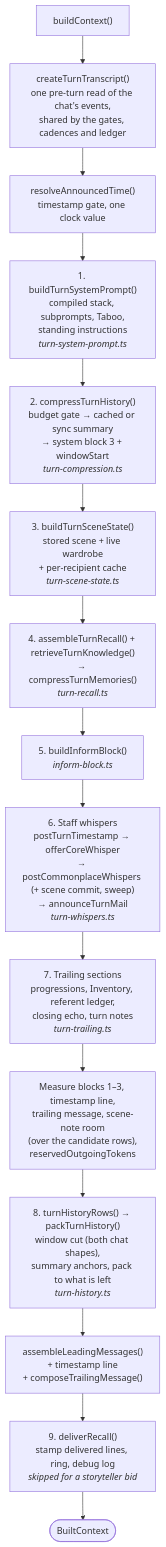
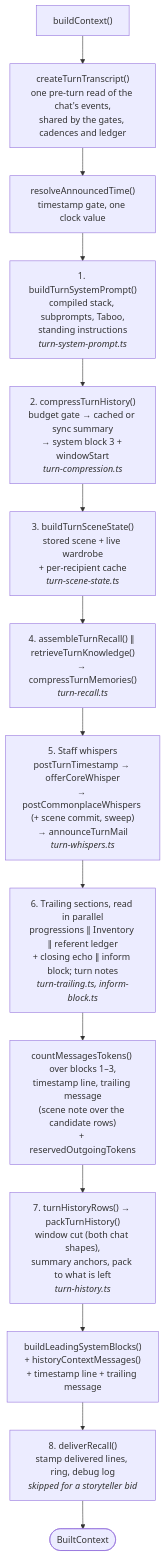
Before and after one commit to foundry-9/quilltap-server: the tenth of 10 diagrams in docs/developer/SYSTEM_FLOWCHARTS.md, drawn with Mermaid. The commit also changed other lines of this file and 7 other files, not shown here.

````diff
--- a/docs/developer/SYSTEM_FLOWCHARTS.md
+++ b/docs/developer/SYSTEM_FLOWCHARTS.md
@@ -606,17 +606,16 @@
 ```mermaid
 flowchart TD
     START["buildContext()"] --> TX["createTurnTranscript()<br/>one pre-turn read of the chat's events,<br/>shared by the gates, cadences and ledger"]
     TX --> TIME["resolveAnnouncedTime()<br/>timestamp gate, one clock value"]
     TIME --> SYS["1. buildTurnSystemPrompt()<br/>compiled stack, subprompts, Taboo,<br/>standing instructions<br/><i>turn-system-prompt.ts</i>"]
     SYS --> COMP["2. compressTurnHistory()<br/>budget gate → cached or sync summary<br/>→ system block 3 + windowStart<br/><i>turn-compression.ts</i>"]
     COMP --> SCENE["3. buildTurnSceneState()<br/>stored scene + live wardrobe<br/>+ per-recipient cache<br/><i>turn-scene-state.ts</i>"]
-    SCENE --> RECALL["4. assembleTurnRecall() + retrieveTurnKnowledge()<br/>→ compressTurnMemories()<br/><i>turn-recall.ts</i>"]
-    RECALL --> INFORM["5. buildInformBlock()<br/><i>inform-block.ts</i>"]
-    INFORM --> WHISPER["6. Staff whispers<br/>postTurnTimestamp → offerCoreWhisper<br/>→ postCommonplaceWhispers (+ scene commit, sweep)<br/>→ announceTurnMail<br/><i>turn-whispers.ts</i>"]
-    WHISPER --> TRAIL["7. Trailing sections<br/>progressions, Inventory, referent ledger,<br/>closing echo, turn notes<br/><i>turn-trailing.ts</i>"]
-    TRAIL --> MEASURE["Measure blocks 1–3, timestamp line,<br/>trailing message, scene-note room<br/>(over the candidate rows),<br/>reservedOutgoingTokens"]
-    MEASURE --> HIST["8. turnHistoryRows() → packTurnHistory()<br/>window cut (both chat shapes),<br/>summary anchors, pack to what is left<br/><i>turn-history.ts</i>"]
-    HIST --> ASM["assembleLeadingMessages()<br/>+ timestamp line<br/>+ composeTrailingMessage()"]
-    ASM --> DELIVER["9. deliverRecall()<br/>stamp delivered lines, ring, debug log<br/><i>skipped for a storyteller bid</i>"]
+    SCENE --> RECALL["4. assembleTurnRecall() ∥ retrieveTurnKnowledge()<br/>→ compressTurnMemories()<br/><i>turn-recall.ts</i>"]
+    RECALL --> WHISPER["5. Staff whispers<br/>postTurnTimestamp → offerCoreWhisper<br/>→ postCommonplaceWhispers (+ scene commit, sweep)<br/>→ announceTurnMail<br/><i>turn-whispers.ts</i>"]
+    WHISPER --> TRAIL["6. Trailing sections, read in parallel<br/>progressions ∥ Inventory ∥ referent ledger<br/>+ closing echo ∥ inform block; turn notes<br/><i>turn-trailing.ts, inform-block.ts</i>"]
+    TRAIL --> MEASURE["countMessagesTokens() over blocks 1–3,<br/>timestamp line, trailing message<br/>(scene note over the candidate rows)<br/>+ reservedOutgoingTokens"]
+    MEASURE --> HIST["7. turnHistoryRows() → packTurnHistory()<br/>window cut (both chat shapes),<br/>summary anchors, pack to what is left<br/><i>turn-history.ts</i>"]
+    HIST --> ASM["buildLeadingSystemBlocks()<br/>+ historyContextMessages()<br/>+ timestamp line + trailing message"]
+    ASM --> DELIVER["8. deliverRecall()<br/>stamp delivered lines, ring, debug log<br/><i>skipped for a storyteller bid</i>"]
     DELIVER --> DONE([BuiltContext])
 ```
````
